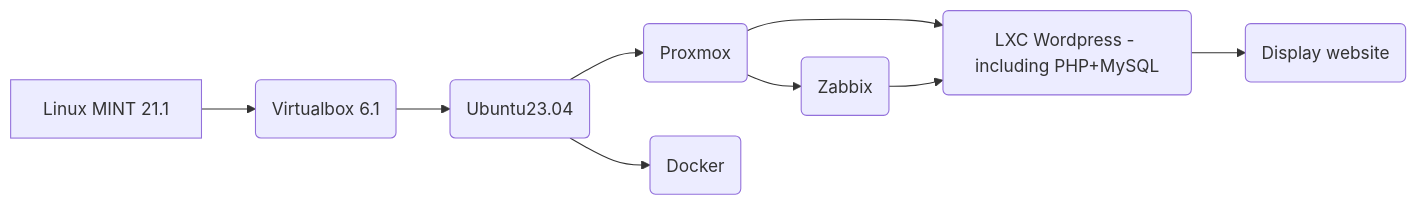
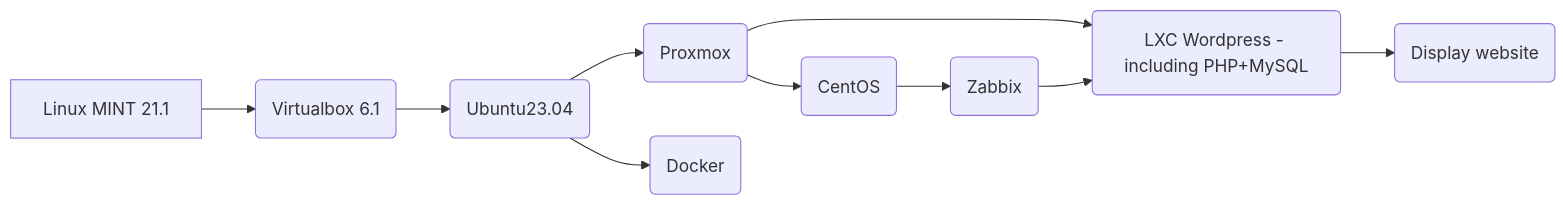
One commit to DanyAAD90/DevOps_junior_Wordpress changed the diagram in Project.md. Above: the diagram before and after it, drawn with Mermaid.

````diff
--- a/Project.md
+++ b/Project.md
@@ -3,11 +3,12 @@
 ```mermaid
 graph LR
 A[Linux MINT 21.1] --> B(Virtualbox 6.1)
 B --> C(Ubuntu23.04)
 C --> D(Proxmox)
 D --> E(LXC Wordpress - including PHP+MySQL)
 E --> G(Display website)
 C --> F(Docker)
 D --> H(CentOS)
-H(Zabbix) --> E
+H --> I(Zabbix)
+I --> E
 ```
````
